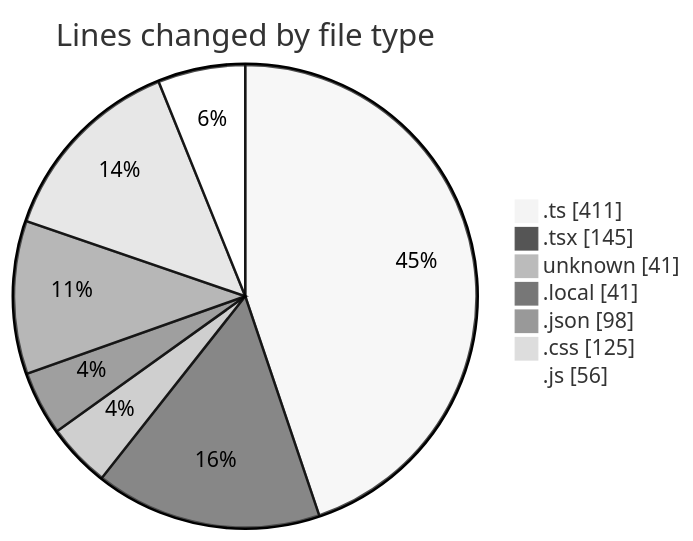
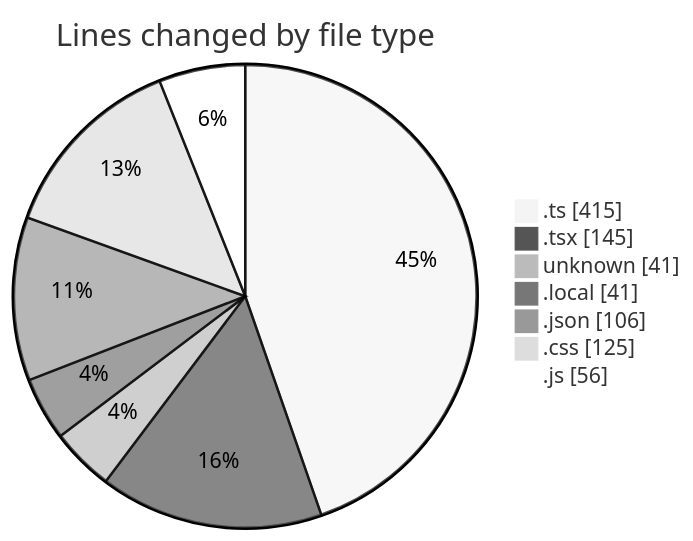
Before and after one commit to momahboobian/code-tracking: the first of 2 diagrams in 2026-02-26/car_database/README.md, drawn with Mermaid (neutral theme). The commit also changed other lines of this file and 1 other file, not shown here.

````diff
--- a/2026-02-26/car_database/README.md
+++ b/2026-02-26/car_database/README.md
@@ -43,11 +43,11 @@
 ```mermaid
 pie showData
 title Lines changed by file type
-".ts" : 411
+".ts" : 415
 ".tsx" : 145
 "unknown" : 41
 ".local" : 41
-".json" : 98
+".json" : 106
 ".css" : 125
 ".js" : 56
 ```
````
